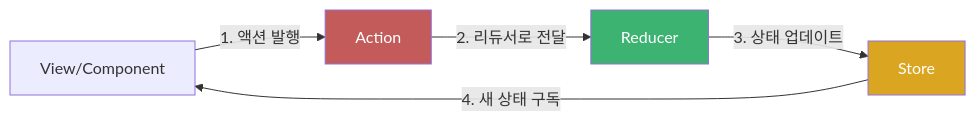
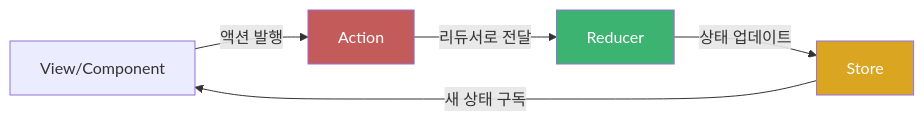
The fourth of 8 diagrams in chapters/01-3_redux_introduction.md (KalGookSoo/react-redux-basic), drawn with Mermaid before and after one commit.

Commit message:
docs: Mermaid 그래프 한글화 및 코드 스타일 수정

````diff
--- a/chapters/01-3_redux_introduction.md
+++ b/chapters/01-3_redux_introduction.md
@@ -62,11 +62,11 @@
 ```mermaid
 graph LR
-    A[View/Component] -->|1. 액션 발행| B[Action]
-    B -->|2. 리듀서로 전달| C[Reducer]
-    C -->|3. 상태 업데이트| D[Store]
-    D -->|4. 새 상태 구독| A
+    A[View/Component] -->|액션 발행| B[Action]
+    B -->|리듀서로 전달| C[Reducer]
+    C -->|상태 업데이트| D[Store]
+    D -->|새 상태 구독| A
     
     style B fill:#c35b5b,color:white
     style C fill:#3cb371,color:white
     style D fill:#daa520,color:white
 ```
````
